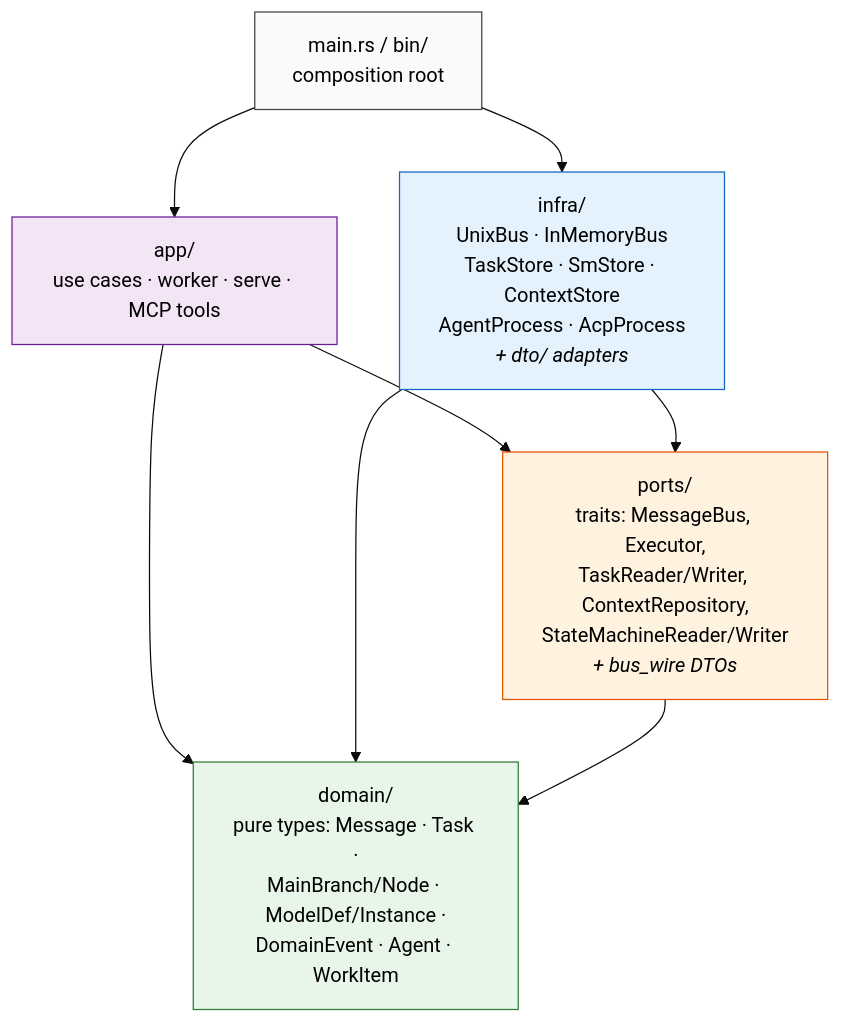
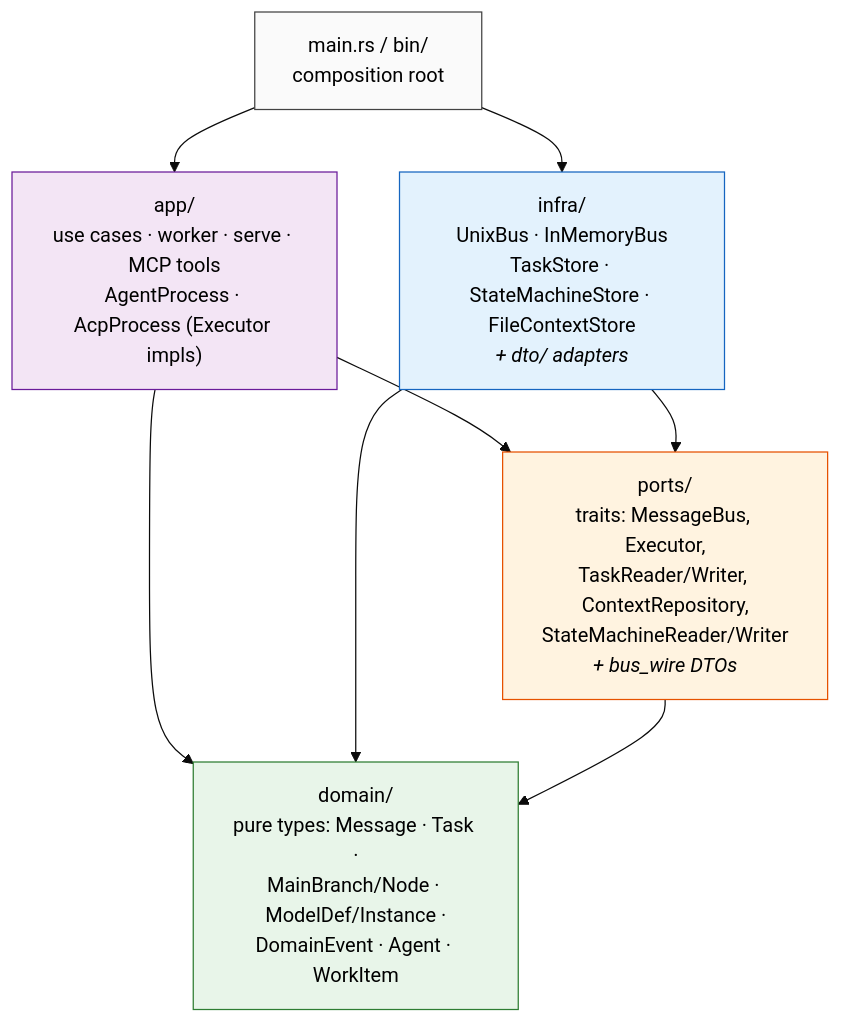
The first of 6 diagrams in docs/ARCHITECTURE.md (kgatilin/deskd), drawn with Mermaid (base theme) before and after one commit. The commit also changed other lines of this file, not shown here.

First line of the commit message:
docs(#190): address review feedback on architecture doc

````diff
--- a/docs/ARCHITECTURE.md
+++ b/docs/ARCHITECTURE.md
@@ -13,28 +13,28 @@
 ```mermaid
 flowchart TD
     main["main.rs / bin/<br/>composition root"]
-    app["app/<br/>use cases · worker · serve · MCP tools"]
+    app["app/<br/>use cases · worker · serve · MCP tools<br/>AgentProcess · AcpProcess (Executor impls)"]
     ports["ports/<br/>traits: MessageBus, Executor,<br/>TaskReader/Writer, ContextRepository,<br/>StateMachineReader/Writer<br/><i>+ bus_wire DTOs</i>"]
-    infra["infra/<br/>UnixBus · InMemoryBus<br/>TaskStore · SmStore · ContextStore<br/>AgentProcess · AcpProcess<br/><i>+ dto/ adapters</i>"]
+    infra["infra/<br/>UnixBus · InMemoryBus<br/>TaskStore · StateMachineStore · FileContextStore<br/><i>+ dto/ adapters</i>"]
     domain["domain/<br/>pure types: Message · Task ·<br/>MainBranch/Node · ModelDef/Instance ·<br/>DomainEvent · Agent · WorkItem"]
 
     main --> app
     main --> infra
     app --> ports
     app --> domain
     infra --> ports
     infra --> domain
     ports --> domain
 
     classDef domainNode fill:#e8f5e9,stroke:#2e7d32,color:#000
     classDef portNode fill:#fff3e0,stroke:#e65100,color:#000
     classDef infraNode fill:#e3f2fd,stroke:#1565c0,color:#000
     classDef appNode fill:#f3e5f5,stroke:#6a1b9a,color:#000
     classDef mainNode fill:#fafafa,stroke:#424242,color:#000
 
     class domain domainNode
     class ports portNode
     class infra infraNode
     class app appNode
     class main mainNode
 ```
````
